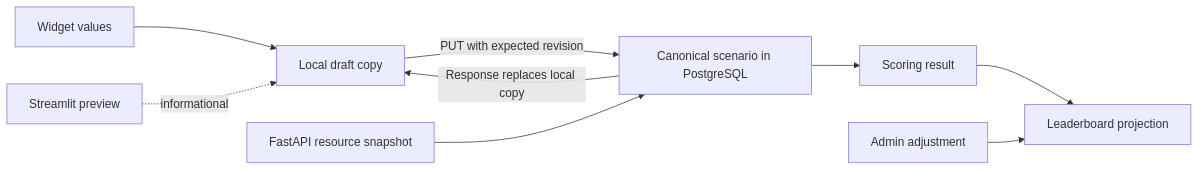
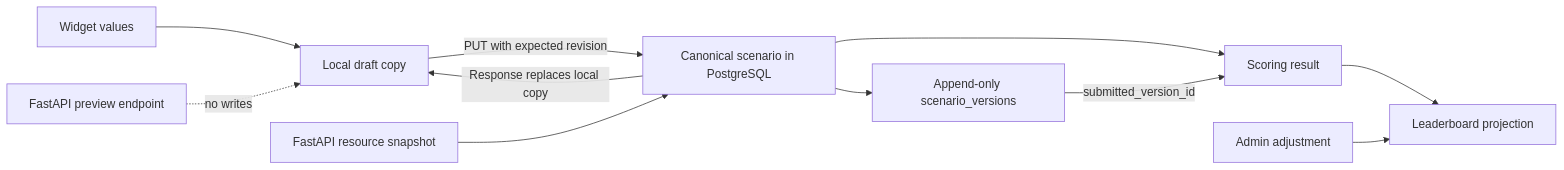
Before and after one commit to BigZet/AMLautosim: the seventh of 9 diagrams in docs/architecture.md, drawn with Mermaid. The commit also changed other lines of this file and 83 other files, not shown here.

````diff
--- a/docs/architecture.md
+++ b/docs/architecture.md
@@ -224,12 +238,14 @@
 ```mermaid
 flowchart LR
     widgets["Widget values"] --> localDraft["Local draft copy"]
     localDraft -->|"PUT with expected revision"| canonical["Canonical scenario in PostgreSQL"]
     canonical -->|"Response replaces local copy"| localDraft
     canonical --> scoring["Scoring result"]
     scoring --> board["Leaderboard projection"]
     adjustment["Admin adjustment"] --> board
 
-    preview["Streamlit preview"] -. "informational" .-> localDraft
+    preview["FastAPI preview endpoint"] -. "no writes" .-> localDraft
     serverPreview["FastAPI resource snapshot"] --> canonical
+    canonical --> versions["Append-only scenario_versions"]
+    versions -->|"submitted_version_id"| scoring
 ```
````
